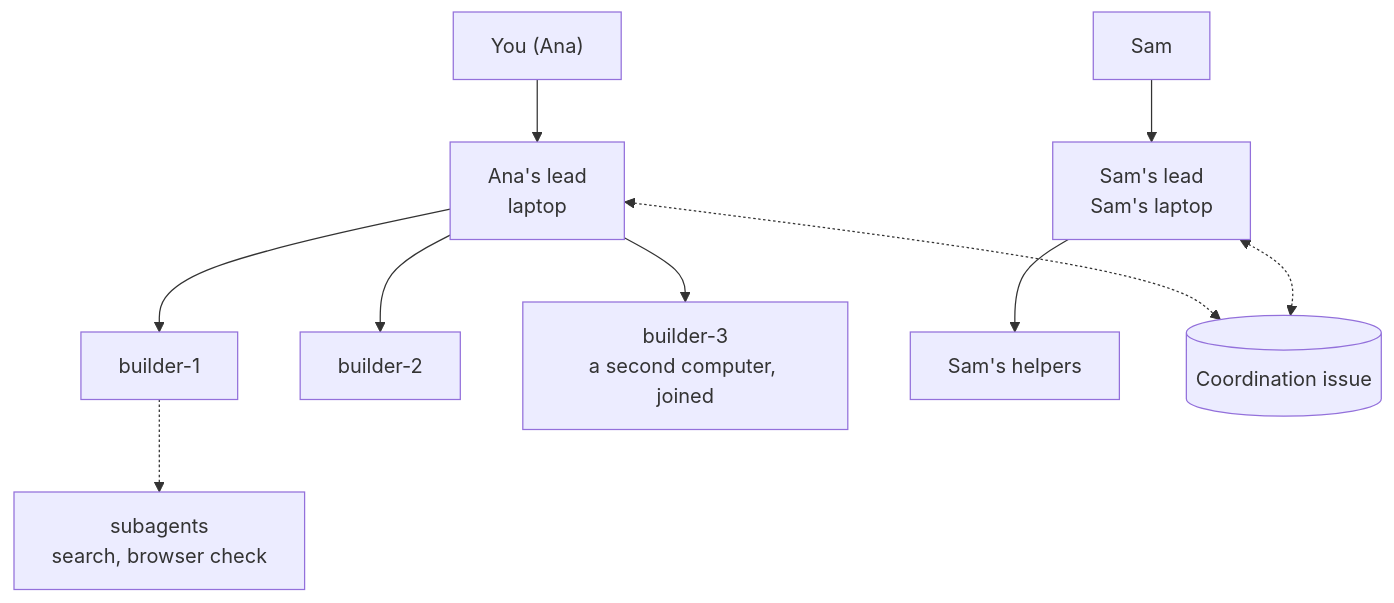
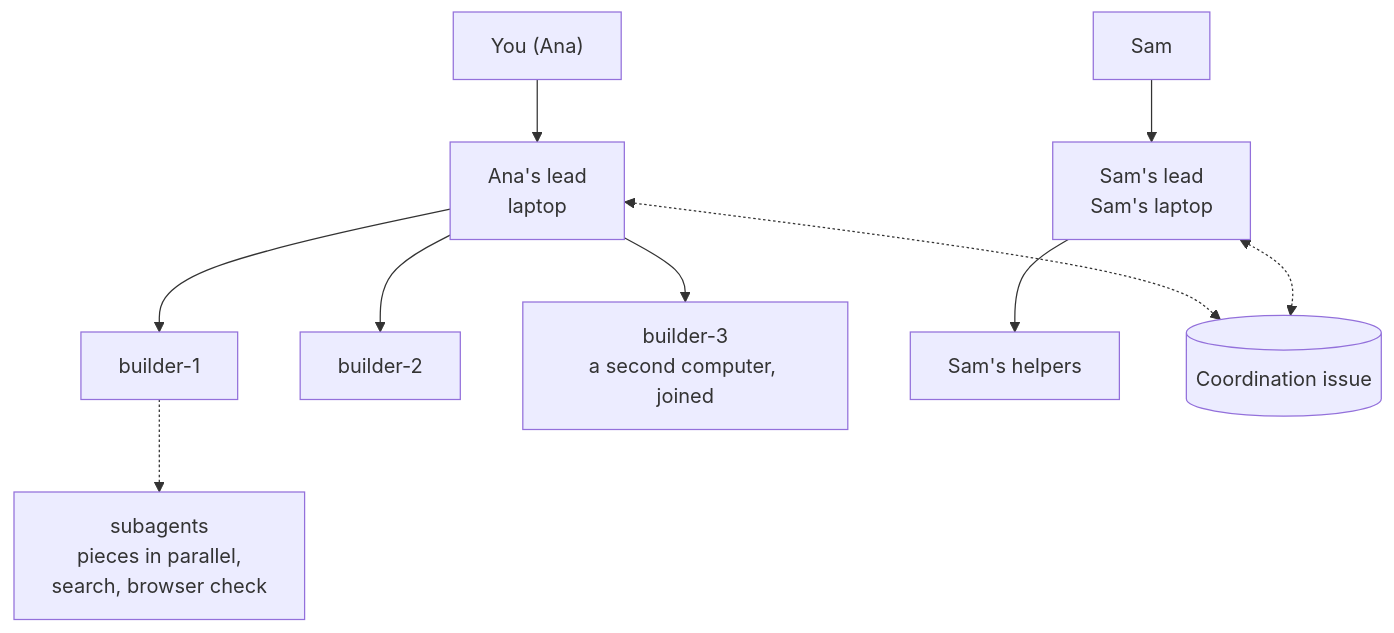
The first of 7 diagrams in docs/overview.md (puffin-ai/puffin-colony), drawn with Mermaid before and after one commit. The commit also changed other lines of this file and 5 other files, not shown here.

````diff
--- a/docs/overview.md
+++ b/docs/overview.md
@@ -22,10 +22,10 @@
 ```mermaid
 flowchart TB
   A["You (Ana)"] --> L1["Ana's lead<br/>laptop"]
   S["Sam"] --> L2["Sam's lead<br/>Sam's laptop"]
   L1 --> H1["builder-1"] & H2["builder-2"]
   L1 --> H3["builder-3<br/>a second computer, joined"]
   L2 --> H4["Sam's helpers"]
-  H1 -.-> SA["subagents<br/>search, browser check"]
+  H1 -.-> SA["subagents<br/>pieces in parallel,<br/>search, browser check"]
   L1 & L2 <-.-> C[("Coordination issue")]
 ```
````
